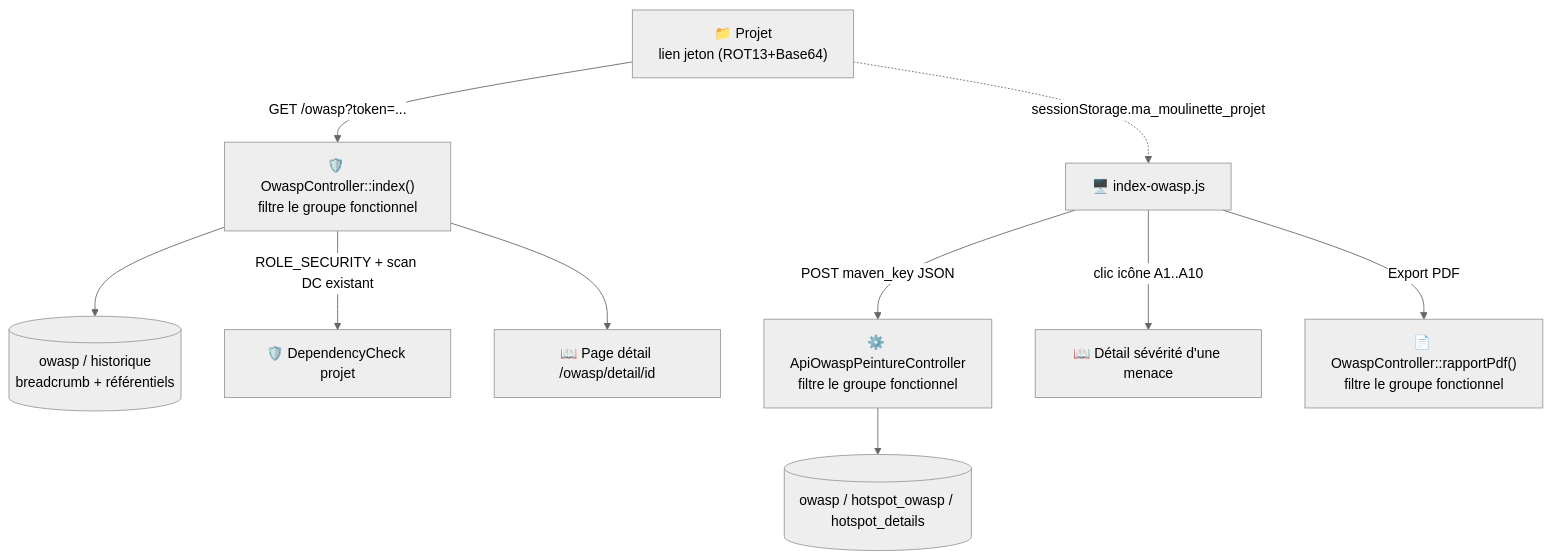
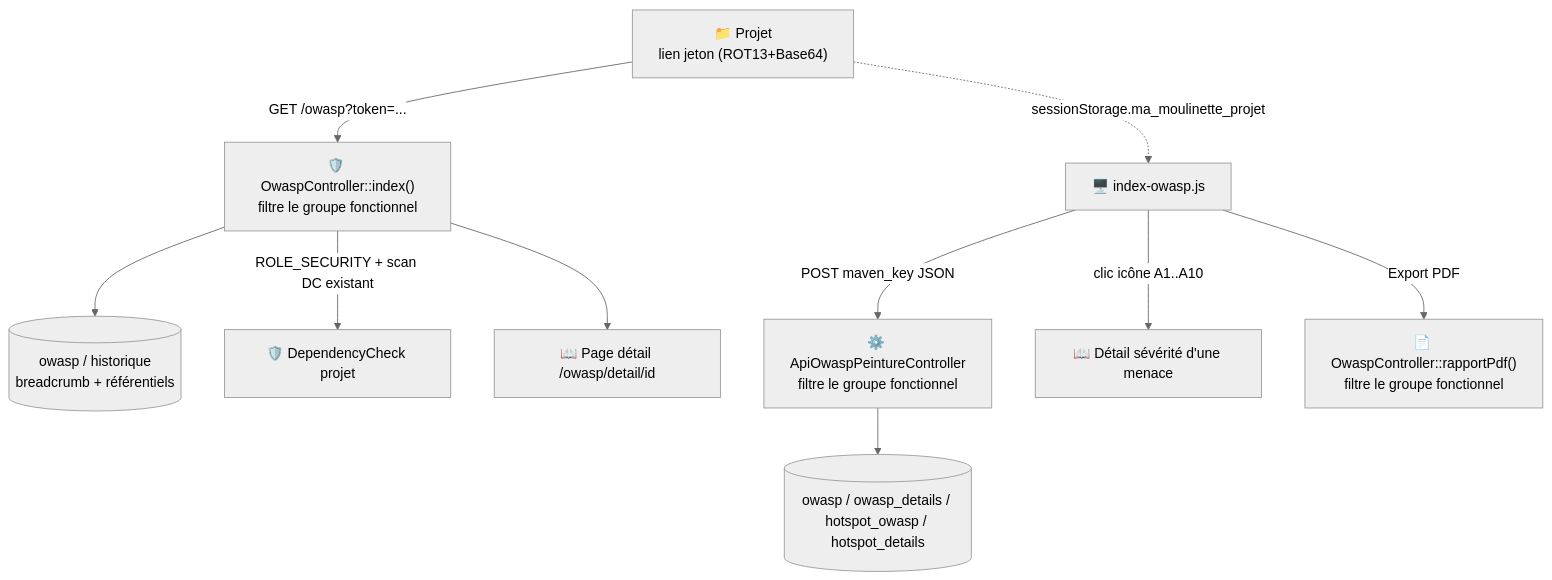
One commit to Laurent-hadjadj/ma-moulinette changed the diagram in mkDocs/docs/ma-moulinette/application/owasp.md. Above: the diagram before and after it, drawn with Mermaid (neutral theme). The commit also changed other lines of this file and 32 other files, not shown here.

Commit message:
Feature: Refonte de la page OWASP (classification locale par liste de regles, repartition par module, bloc information restructure) et nouveau tableau de detail des vulnerabilites (table owasp_details, page + export PDF).

````diff
--- a/mkDocs/docs/ma-moulinette/application/owasp.md
+++ b/mkDocs/docs/ma-moulinette/application/owasp.md
@@ -26,14 +26,14 @@
 ```mermaid
 flowchart TD
     Proj["📁 Projet<br/>lien jeton (ROT13+Base64)"] -->|GET /owasp?token=...| Index["🛡️ OwaspController::index()<br/>filtre le groupe fonctionnel"]
     Index --> DB1[(owasp / historique<br/>breadcrumb + référentiels)]
     Index -->|ROLE_SECURITY + scan DC existant| DC[🛡️ DependencyCheck projet]
 
     Proj -.->|sessionStorage.ma_moulinette_projet| Client[🖥️ index-owasp.js]
     Client -->|POST maven_key JSON| Api["⚙️ ApiOwaspPeintureController<br/>filtre le groupe fonctionnel"]
-    Api --> DB2[(owasp / hotspot_owasp / hotspot_details)]
+    Api --> DB2[(owasp / owasp_details / hotspot_owasp / hotspot_details)]
 
     Client -->|clic icône A1..A10| Modal[📖 Détail sévérité d'une menace]
     Index --> Detail[📖 Page détail /owasp/detail/id]
     Client -->|Export PDF| Pdf["📄 OwaspController::rapportPdf()<br/>filtre le groupe fonctionnel"]
 ```
````
